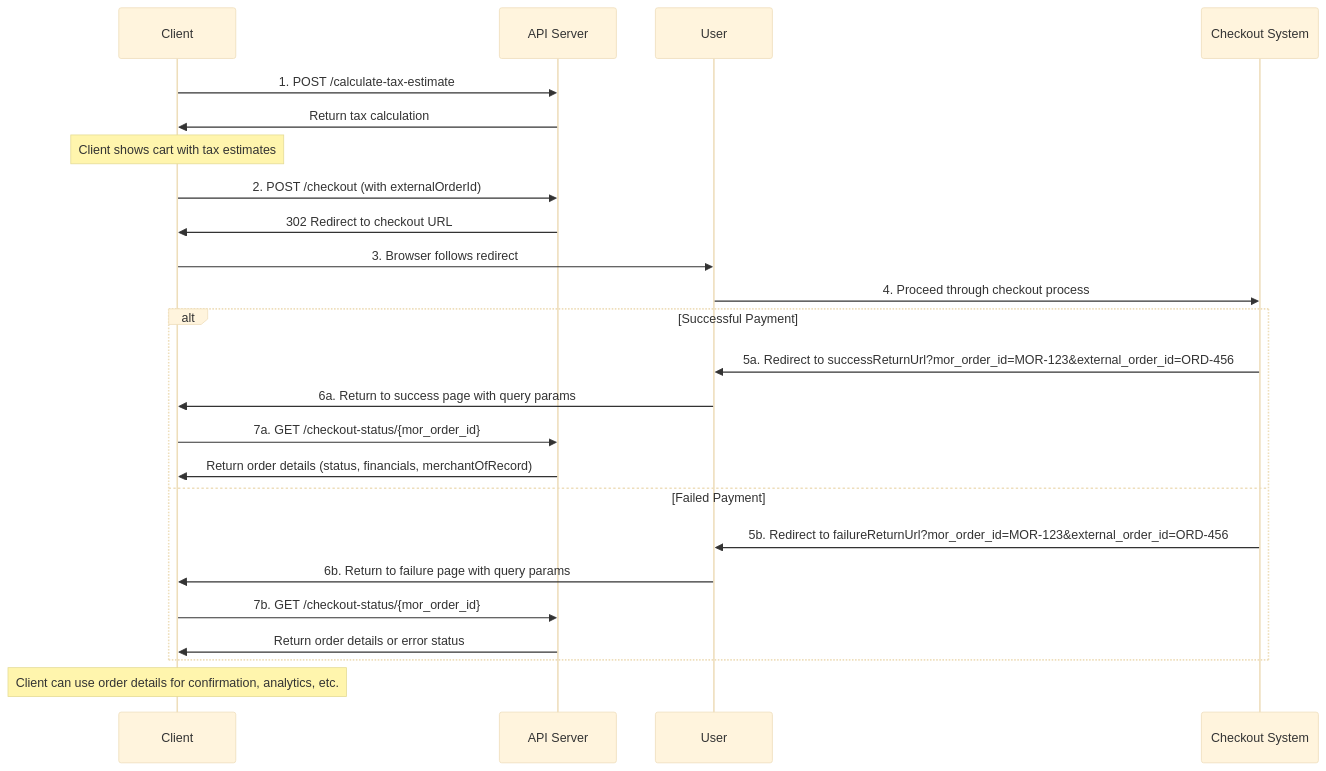
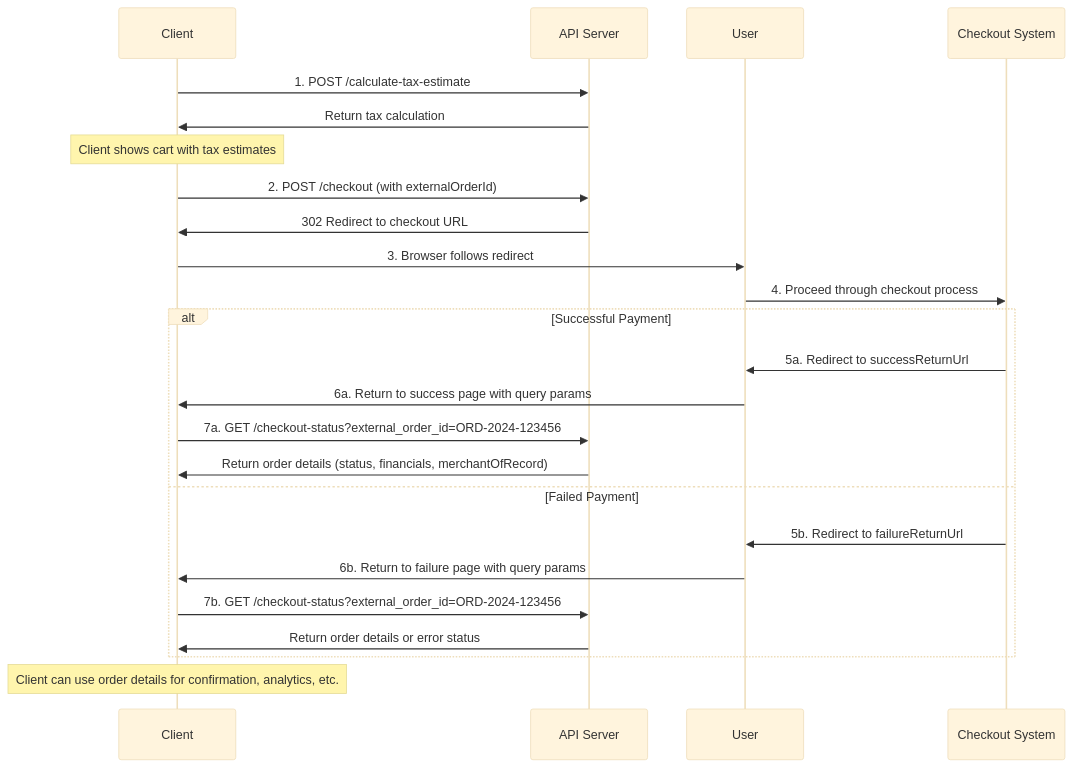
The diagram in api-specification.md (standard-parts-toolkit/mor_checkout_docs), drawn with Mermaid (base theme) before and after one commit. The commit also changed other lines of this file and 2 other files, not shown here.

Commit message:
Checkout-status endpoint parameter change:

````diff
--- a/api-specification.md
+++ b/api-specification.md
@@ -37,31 +37,31 @@
 ```mermaid
 sequenceDiagram
     participant Client
     participant API as API Server
     participant User
     participant Checkout as Checkout System
     
     Client->>API: 1. POST /calculate-tax-estimate
     API->>Client: Return tax calculation
     Note over Client: Client shows cart with tax estimates
     
     Client->>API: 2. POST /checkout (with externalOrderId)
     API->>Client: 302 Redirect to checkout URL
     
     Client->>User: 3. Browser follows redirect
     User->>Checkout: 4. Proceed through checkout process
     
     alt Successful Payment
-        Checkout->>User: 5a. Redirect to successReturnUrl?mor_order_id=MOR-123&external_order_id=ORD-456
+        Checkout->>User: 5a. Redirect to successReturnUrl
         User->>Client: 6a. Return to success page with query params
-        Client->>API: 7a. GET /checkout-status/{mor_order_id}
+        Client->>API: 7a. GET /checkout-status?external_order_id=ORD-2024-123456
         API->>Client: Return order details (status, financials, merchantOfRecord)
     else Failed Payment
-        Checkout->>User: 5b. Redirect to failureReturnUrl?mor_order_id=MOR-123&external_order_id=ORD-456
+        Checkout->>User: 5b. Redirect to failureReturnUrl
         User->>Client: 6b. Return to failure page with query params
-        Client->>API: 7b. GET /checkout-status/{mor_order_id}
+        Client->>API: 7b. GET /checkout-status?external_order_id=ORD-2024-123456
         API->>Client: Return order details or error status
     end
     
     Note over Client: Client can use order details for confirmation, analytics, etc.
 ```
````
